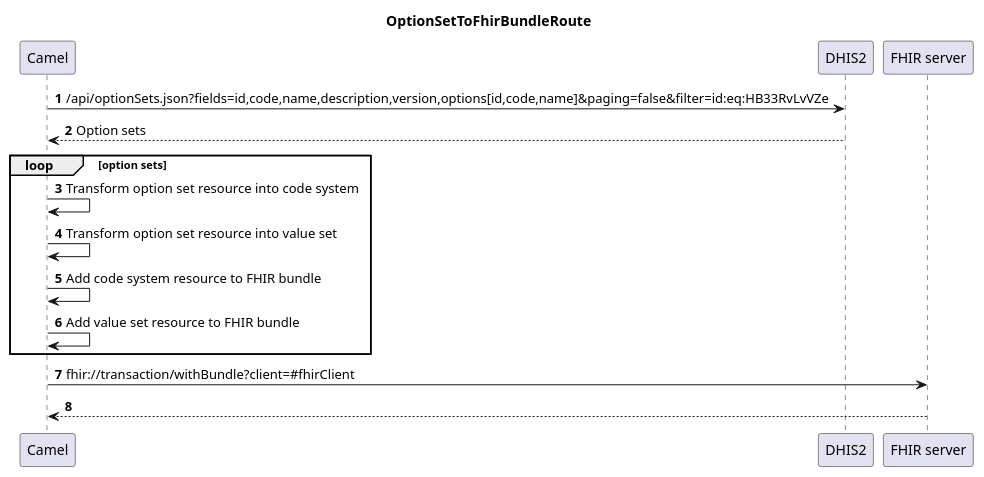
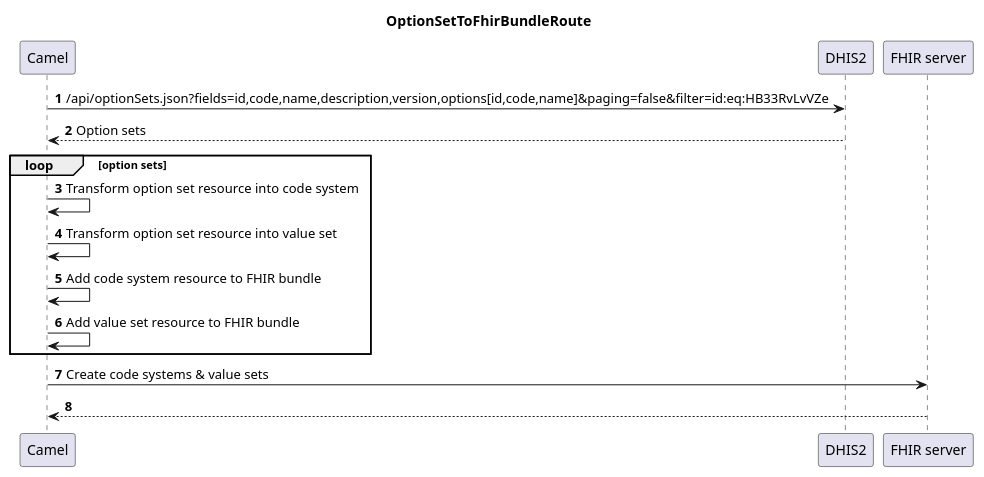
The third of 3 diagrams in dhis2-to-fhir-bundle/README.md (dhis2/integration-examples), drawn with PlantUML before and after one commit. The commit also changed other lines of this file and 2 other files, not shown here.

````diff
--- a/dhis2-to-fhir-bundle/README.md
+++ b/dhis2-to-fhir-bundle/README.md
@@ -167,18 +166,18 @@
 ```plantuml
 @startuml
 
 title OptionSetToFhirBundleRoute
 autonumber
 
 Camel -> DHIS2 : /api/optionSets.json?fields=id,code,name,description,version,options[id,code,name]&paging=false&filter=id:eq:HB33RvLvVZe
 Camel <-- DHIS2: Option sets
 loop option sets
   Camel -> Camel: Transform option set resource into code system
   Camel -> Camel: Transform option set resource into value set
   Camel -> Camel: Add code system resource to FHIR bundle
   Camel -> Camel: Add value set resource to FHIR bundle
 end 
-Camel -> "FHIR server": fhir://transaction/withBundle?client=#fhirClient
+Camel -> "FHIR server": Create code systems & value sets
 Camel <-- "FHIR server"
 @enduml
 ```
````
